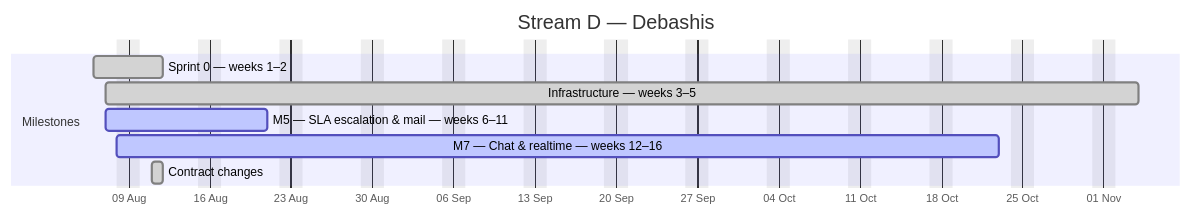
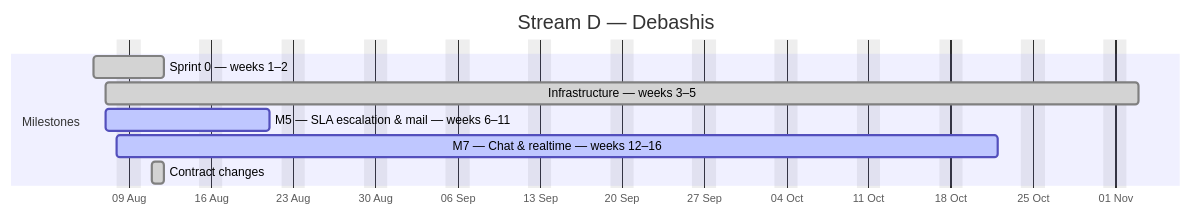
The fourth of 4 diagrams in docs/plan/GANTT.md (debashisedunext/EduTrack), drawn with Mermaid before and after one commit. The commit also changed other lines of this file and 3 other files, not shown here.

````diff
--- a/docs/plan/GANTT.md
+++ b/docs/plan/GANTT.md
@@ -157,13 +155,13 @@
 ```mermaid
 gantt
     dateFormat YYYY-MM-DD
     axisFormat %d %b
     title Stream D — Debashis
     excludes weekends
     section Milestones
     Sprint 0 — weeks 1–2 :done, d0, 2026-08-06, 4d
-    Infrastructure — weeks 3–5 :done, d1, 2026-08-07, 63d
+    Infrastructure — weeks 3–5 :done, d1, 2026-08-07, 62d
     M5 — SLA  escalation & mail — weeks 6–11 :active, d2, 2026-08-07, 10d
-    M7 — Chat & realtime — weeks 12–16 :active, d3, 2026-08-08, 55d
+    M7 — Chat & realtime — weeks 12–16 :active, d3, 2026-08-08, 54d
     Contract changes :done, d4, 2026-08-11, 1d
 ```
````
